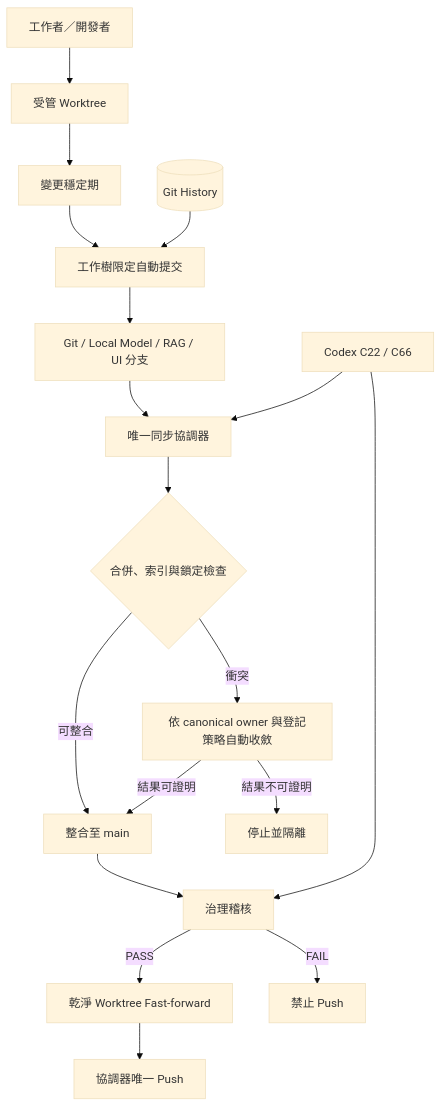
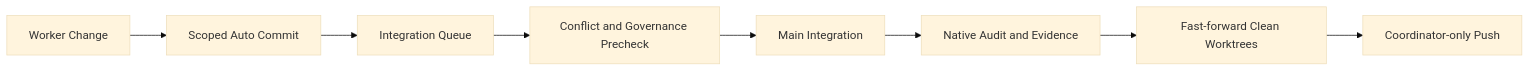
The sixth of 9 diagrams in governance_rule/codex/architecture-project.md (guilty442-source/GPTBridge), drawn with Mermaid (base theme) before and after one commit. The commit also changed other lines of this file and 14 other files, not shown here.

Commit message:
codex sync 15:00:49Z: zh-TW mirror parts + architecture docs refreshed; formal rule evaluator codes renamed to canonical (_V1 suffix dropped; GO_RUST_NODE->GO_RUST_RUNTIME, JAX_PYTORCH->JAX_FRAMEWORK); release-dependencies pin

````diff
--- a/governance_rule/codex/architecture-project.md
+++ b/governance_rule/codex/architecture-project.md
@@ -231,21 +116,10 @@
 ```mermaid
-flowchart TB
-  DEV[工作者／開發者] --> WT[受管 Worktree]
-  WT --> STABLE[變更穩定期]
-  STABLE --> COMMIT[工作樹限定自動提交]
-  COMMIT --> BRANCH[Git / Local Model / RAG / UI 分支]
-  BRANCH --> COORD[唯一同步協調器]
-  COORD --> GUARD{合併、索引與鎖定檢查}
-  GUARD -->|衝突| RESOLVE[依 canonical owner 與登記策略自動收斂]
-  GUARD -->|可整合| MERGE[整合至 main]
-  RESOLVE -->|結果可證明| MERGE
-  RESOLVE -->|結果不可證明| QUARANTINE[停止並隔離]
-  MERGE --> AUDIT[治理稽核]
-  AUDIT -->|PASS| FF[乾淨 Worktree Fast-forward]
-  FF --> PUSH[協調器唯一 Push]
-  AUDIT -->|FAIL| CLOSED[禁止 Push]
-
-  HIST[(Git History)] --> COMMIT
-  POLICY[Codex C22 / C66] --> COORD
-  POLICY --> AUDIT
+flowchart LR
+  WORK[Worker Change] --> COMMIT[Scoped Auto Commit]
+  COMMIT --> QUEUE[Integration Queue]
+  QUEUE --> PRE[Conflict and Governance Precheck]
+  PRE --> MERGE[Main Integration]
+  MERGE --> AUDIT[Native Audit and Evidence]
+  AUDIT --> FF[Fast-forward Clean Worktrees]
+  FF --> PUSH[Coordinator-only Push]
 ```
````
